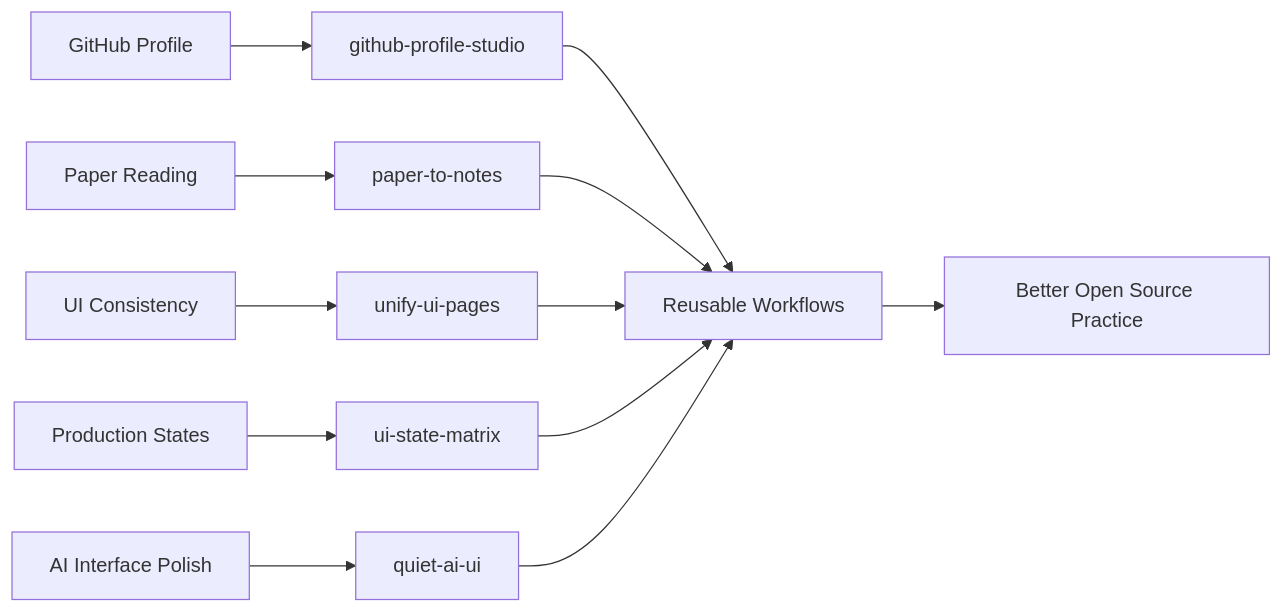
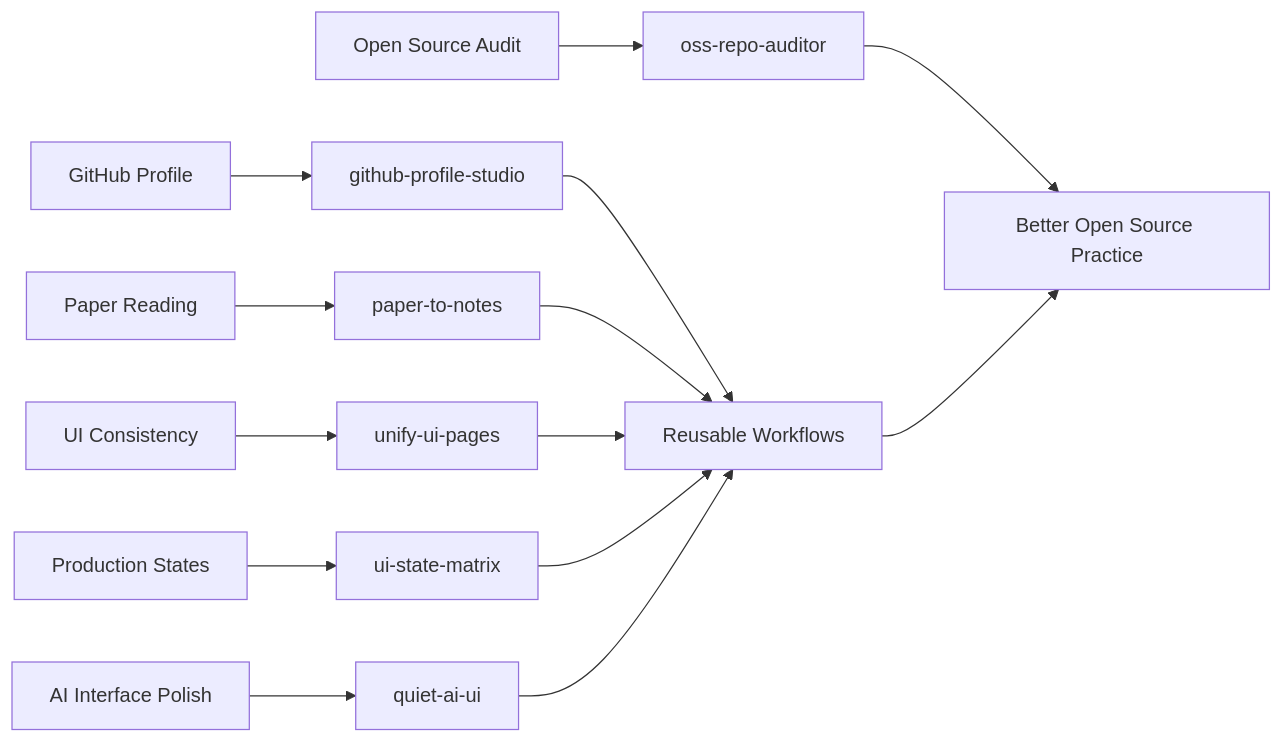
The diagram in README.md (AuGa7/AuGa7), drawn with Mermaid before and after one commit. The commit also changed other lines of this file, not shown here.

Commit message:
Add oss repo auditor to profile

````diff
--- a/README.md
+++ b/README.md
@@ -183,14 +195,16 @@
 ```mermaid
 flowchart LR
+  M["Open Source Audit"] --> N["oss-repo-auditor"]
   K["GitHub Profile"] --> L["github-profile-studio"]
   A["Paper Reading"] --> B["paper-to-notes"]
   C["UI Consistency"] --> D["unify-ui-pages"]
   E["Production States"] --> F["ui-state-matrix"]
   G["AI Interface Polish"] --> H["quiet-ai-ui"]
   L --> I["Reusable Workflows"]
   B --> I["Reusable Workflows"]
   D --> I
   F --> I
   H --> I
+  N --> J["Better Open Source Practice"]
   I --> J["Better Open Source Practice"]
 ```
````
